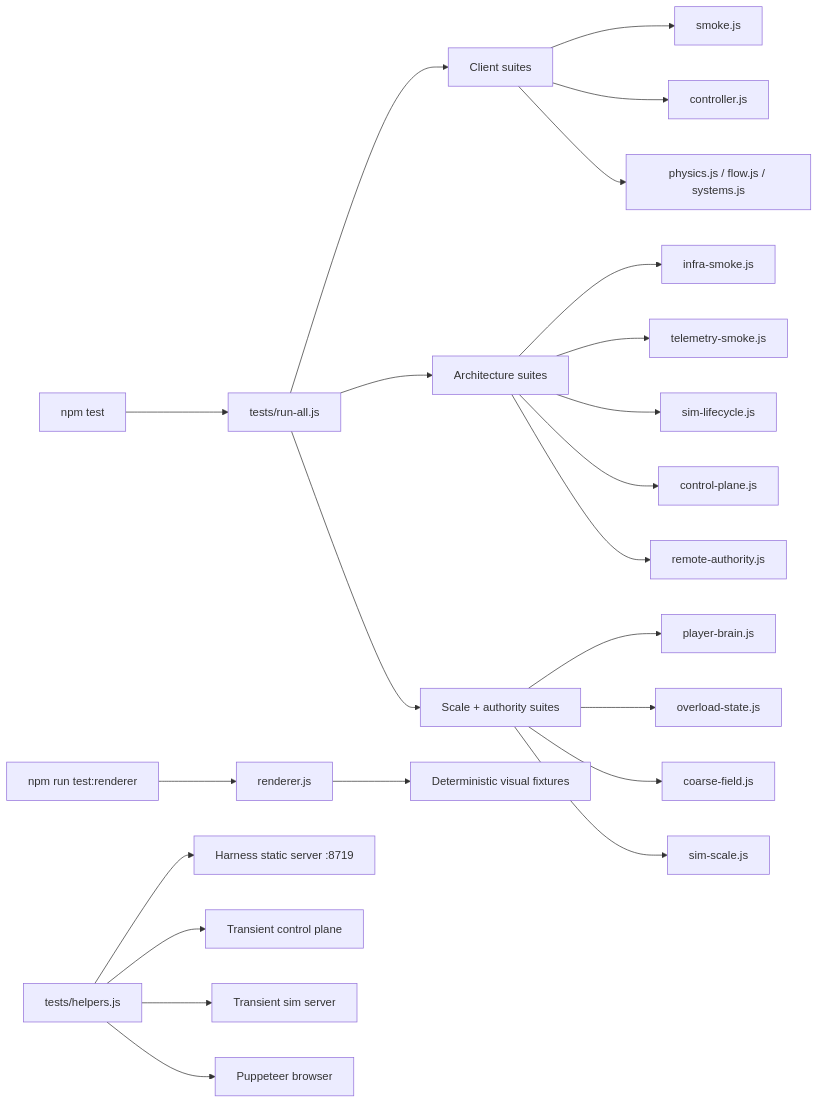
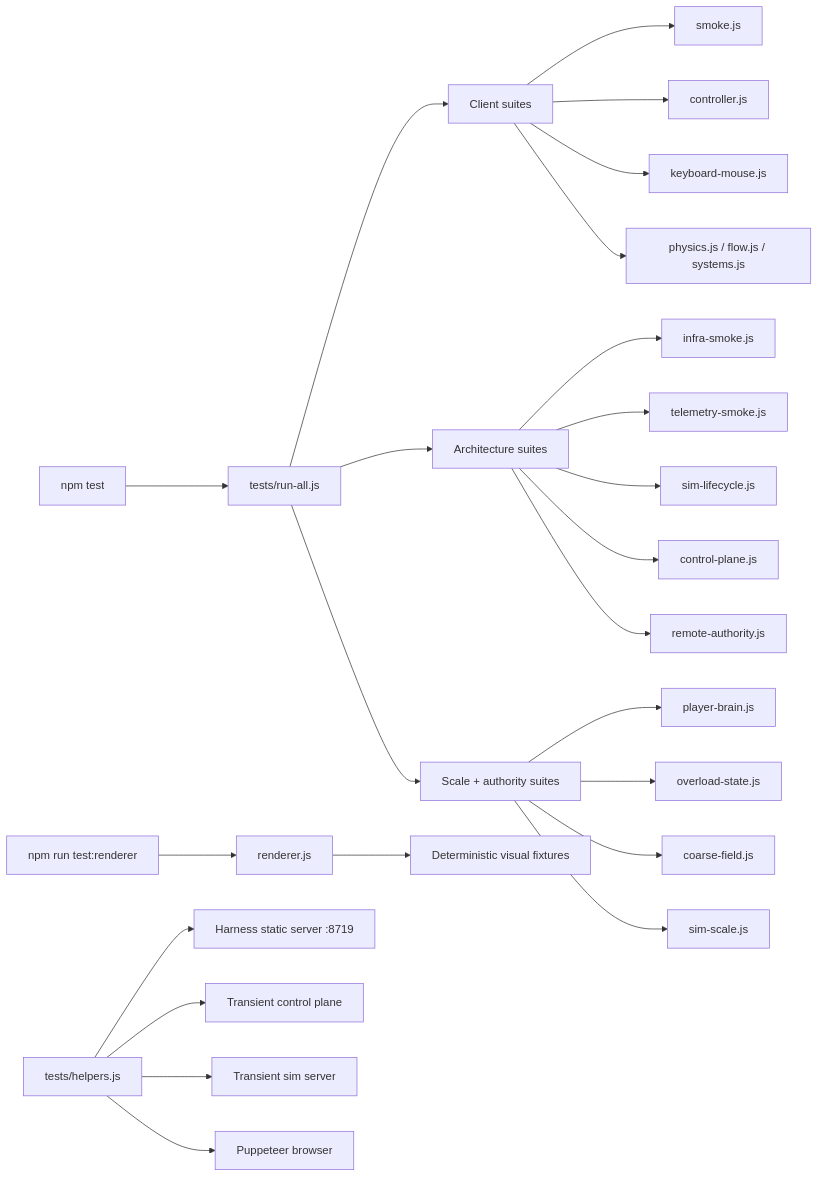
Before and after one commit to theysayheygreg/last-black-hole: the diagram in docs/reference/TEST-HARNESS.md, drawn with Mermaid. The commit also changed other lines of this file and 10 other files, not shown here.

````diff
--- a/docs/reference/TEST-HARNESS.md
+++ b/docs/reference/TEST-HARNESS.md
@@ -20,30 +20,31 @@
 ```mermaid
 flowchart LR
     A["npm test"] --> B["tests/run-all.js"]
     B --> C["Client suites"]
     B --> D["Architecture suites"]
     B --> E["Scale + authority suites"]
 
     C --> C1["smoke.js"]
     C --> C2["controller.js"]
-    C --> C3["physics.js / flow.js / systems.js"]
+    C --> C3["keyboard-mouse.js"]
+    C --> C4["physics.js / flow.js / systems.js"]
 
     D --> D1["infra-smoke.js"]
     D --> D2["telemetry-smoke.js"]
     D --> D3["sim-lifecycle.js"]
     D --> D4["control-plane.js"]
     D --> D5["remote-authority.js"]
 
     E --> E1["player-brain.js"]
     E --> E2["overload-state.js"]
     E --> E3["coarse-field.js"]
     E --> E4["sim-scale.js"]
 
     F["npm run test:renderer"] --> G["renderer.js"]
     G --> H["Deterministic visual fixtures"]
 
     I["tests/helpers.js"] --> J["Harness static server :8719"]
     I --> K["Transient control plane"]
     I --> L["Transient sim server"]
     I --> M["Puppeteer browser"]
 ```
````
